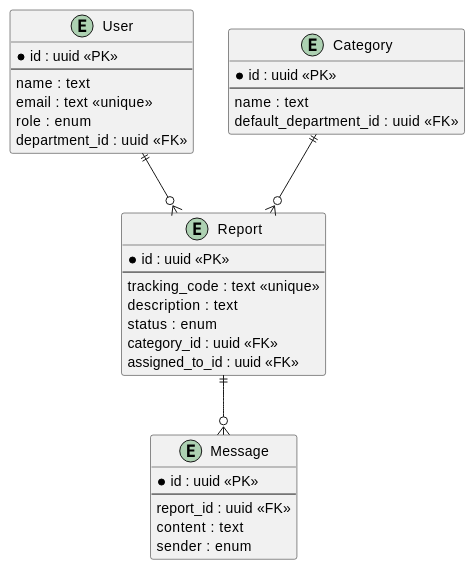
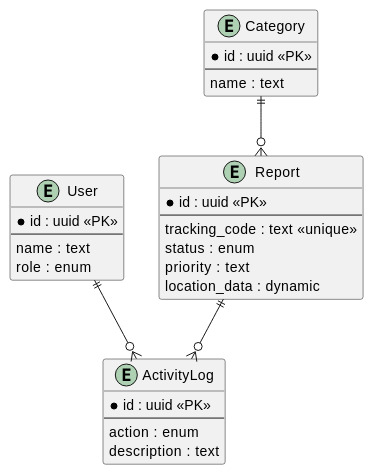
One commit to Allysonfreitas210695/AnonProtect changed the diagram in docs/12-modelo-de-dados.md. Above: the diagram before and after it, drawn with PlantUML. The commit also changed other lines of this file and 3 other files, not shown here.

Commit message:
docs: update TCC documentation with final architecture and features

````diff
--- a/docs/12-modelo-de-dados.md
+++ b/docs/12-modelo-de-dados.md
@@ -41,41 +33,36 @@
 ```plantuml
 @startuml
 entity "User" as user {
   *id : uuid <<PK>>
   --
   name : text
-  email : text <<unique>>
   role : enum
-  department_id : uuid <<FK>>
 }
 
 entity "Report" as report {
   *id : uuid <<PK>>
   --
   tracking_code : text <<unique>>
-  description : text
   status : enum
-  category_id : uuid <<FK>>
-  assigned_to_id : uuid <<FK>>
+  priority : text
+  location_data : dynamic
 }
 
 entity "Category" as category {
   *id : uuid <<PK>>
   --
   name : text
-  default_department_id : uuid <<FK>>
 }
 
-entity "Message" as message {
+entity "ActivityLog" as log {
   *id : uuid <<PK>>
   --
-  report_id : uuid <<FK>>
-  content : text
-  sender : enum
+  action : enum
+  description : text
 }
 
-report ||--o{ message
+report ||--o{ log
 category ||--o{ report
-user ||--o{ report
+user ||--o{ log
 @enduml
 ```
````
